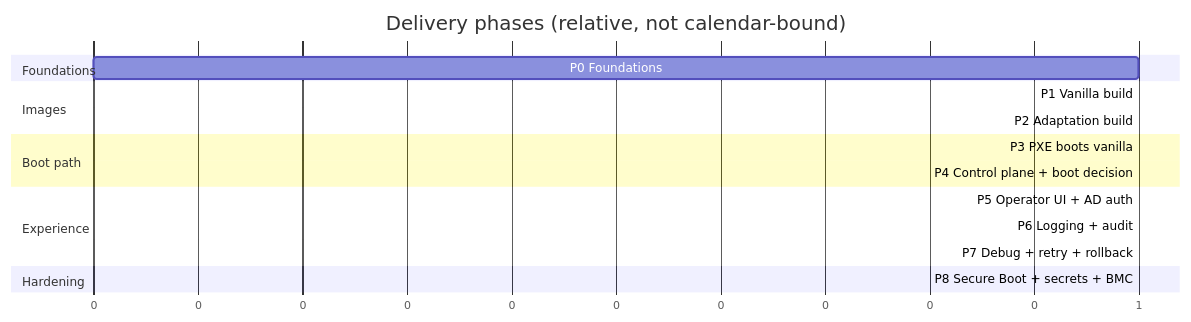
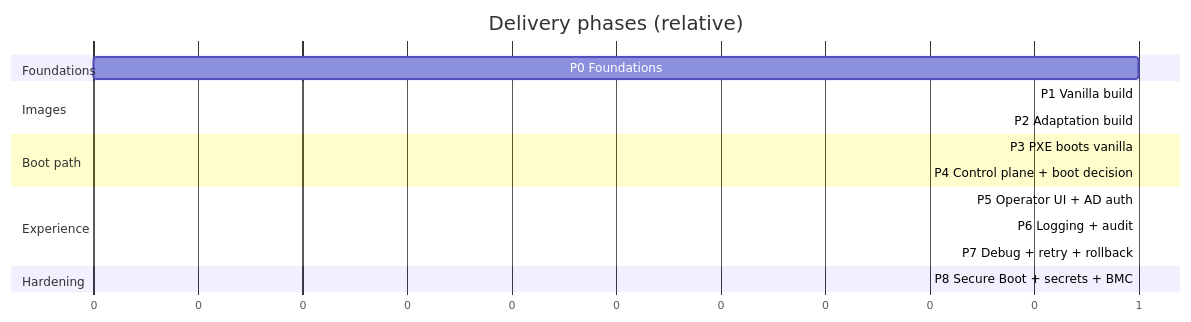
One commit to Manikanta-Reddy-Pasala/PXE-Boot-Design changed the diagram in docs/10-implementation-roadmap.md. Above: the diagram before and after it, drawn with Mermaid. The commit also changed other lines of this file and 11 other files, not shown here.

````diff
--- a/docs/10-implementation-roadmap.md
+++ b/docs/10-implementation-roadmap.md
@@ -7,20 +6,20 @@
 ```mermaid
 gantt
-  title Delivery phases (relative, not calendar-bound)
+  title Delivery phases (relative)
   dateFormat X
   axisFormat %s
   section Foundations
   P0 Foundations            :p0, 0, 1
   section Images
   P1 Vanilla build          :p1, after p0, 1
   P2 Adaptation build       :p2, after p1, 1
   section Boot path
   P3 PXE boots vanilla      :p3, after p1, 1
   P4 Control plane + boot decision :p4, after p3, 1
   section Experience
   P5 Operator UI + AD auth  :p5, after p4, 1
   P6 Logging + audit        :p6, after p4, 1
   P7 Debug + retry + rollback :p7, after p5, 1
   section Hardening
   P8 Secure Boot + secrets + BMC :p8, after p7, 1
 ```
````
